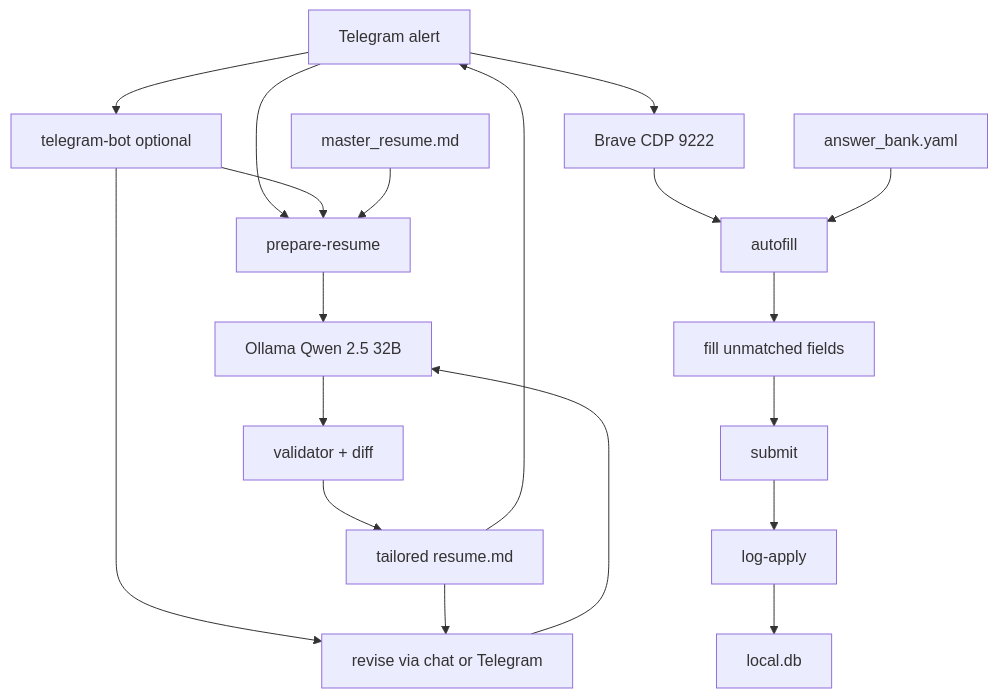
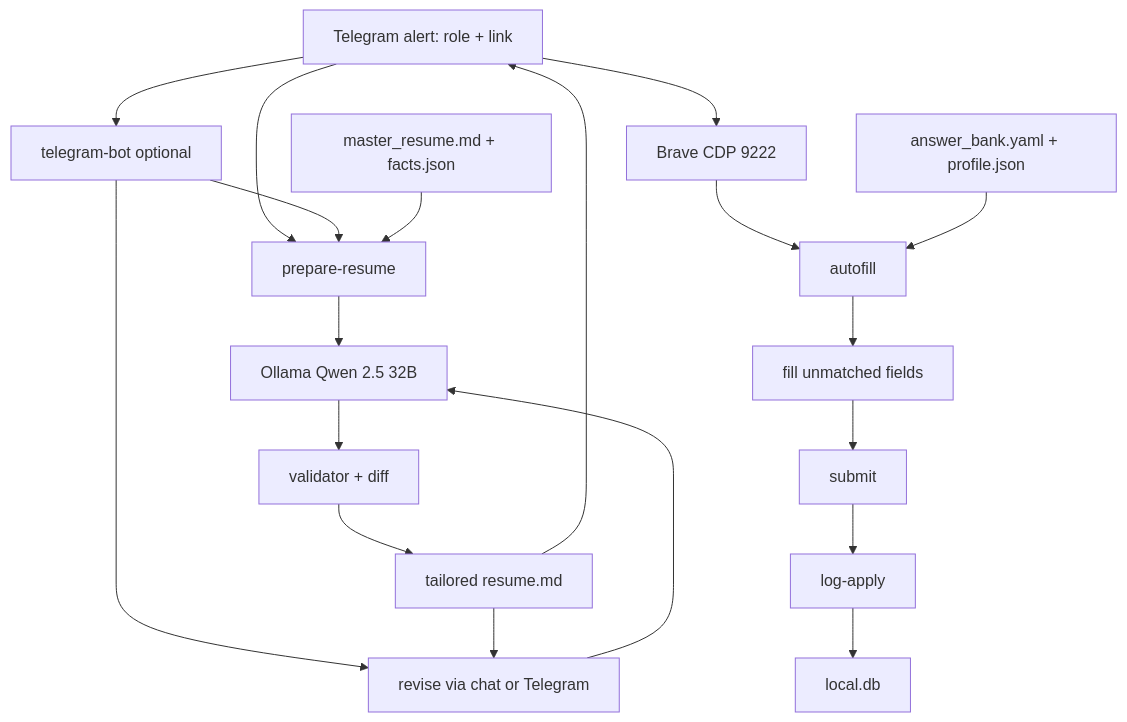
Before and after one commit to AnushSonone/job-apply-assistant: the third of 3 diagrams in README.md, drawn with Mermaid. The commit also changed other lines of this file, not shown here.

First line of the commit message:
Show architecture Mermaid diagrams directly on GitHub README.

````diff
--- a/README.md
+++ b/README.md
@@ -106,21 +92,21 @@
 ```mermaid
 flowchart TD
-    TG[Telegram alert] --> PREP[prepare-resume]
+    TG[Telegram alert: role + link] --> PREP[prepare-resume]
     TG --> BOT[telegram-bot optional]
     BOT --> PREP
     BOT --> REVISE[revise via chat or Telegram]
     PREP --> OLLAMA[Ollama Qwen 2.5 32B]
-    MASTER[master_resume.md] --> PREP
+    MASTER[master_resume.md + facts.json] --> PREP
     OLLAMA --> VALID[validator + diff]
     VALID --> RESUME[tailored resume.md]
     RESUME --> REVISE
     REVISE --> OLLAMA
     RESUME --> TG
     TG --> BRAVE[Brave CDP 9222]
     BRAVE --> AUTO[autofill]
-    BANK[answer_bank.yaml] --> AUTO
+    BANK[answer_bank.yaml + profile.json] --> AUTO
     AUTO --> MANUAL[fill unmatched fields]
     MANUAL --> SUBMIT[submit]
     SUBMIT --> LOG[log-apply]
     LOG --> LOCAL[local.db]
 ```
````
